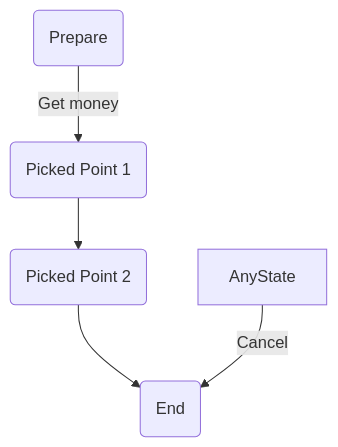
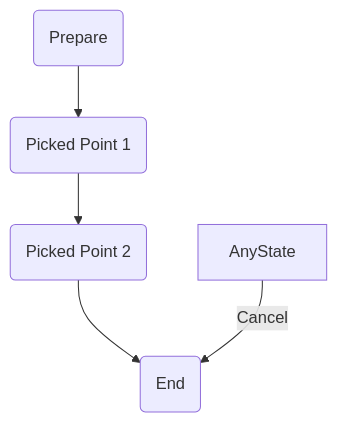
One commit to vfa-khaidt1/vfa-cdn changed the first of 4 diagrams in GraphV3.md. Above: the diagram before and after it, drawn with Mermaid.

````diff
--- a/GraphV3.md
+++ b/GraphV3.md
@@ -10,7 +10,7 @@
 ```mermaid
 flowchart TD
-    A(Prepare) -->|Get money| B(Picked Point 1)
+    A(Prepare) --> B(Picked Point 1)
     B --> C(Picked Point 2)
     C --> X(End)
     Z[AnyState] --> |Cancel| X(End)
 ```
````
